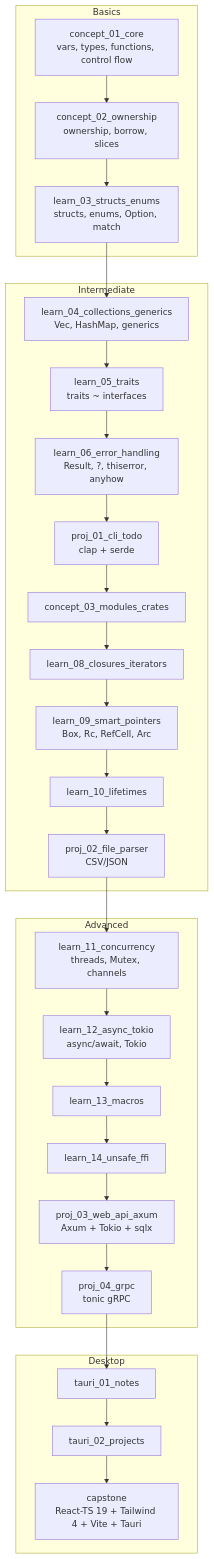
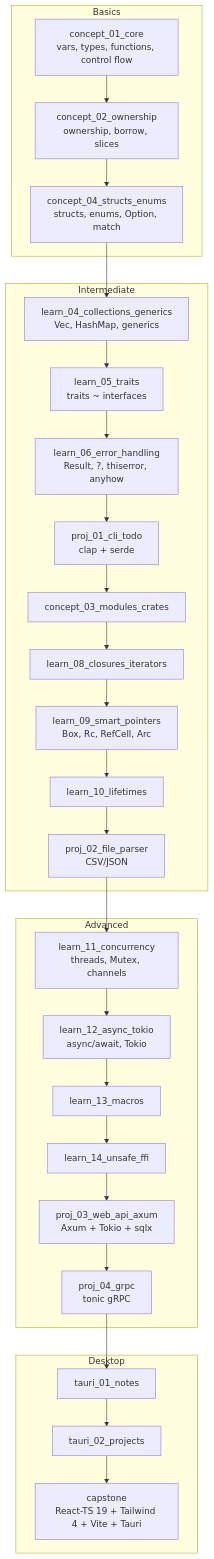
Before and after one commit to devravinder/learn-rust: the diagram in README.md, drawn with Mermaid. The commit also changed 10 other files, not shown here.

Commit message:
feat: structs & enums

````diff
--- a/README.md
+++ b/README.md
@@ -43,31 +43,31 @@
 ```mermaid
 graph TD
     subgraph Basics
         A[concept_01_core<br/>vars, types, functions, control flow] --> B[concept_02_ownership<br/>ownership, borrow, slices]
-        B --> C[learn_03_structs_enums<br/>structs, enums, Option, match]
+        B --> C[concept_04_structs_enums<br/>structs, enums, Option, match]
     end
     subgraph Intermediate
         C --> D[learn_04_collections_generics<br/>Vec, HashMap, generics]
         D --> E[learn_05_traits<br/>traits ~ interfaces]
         E --> F[learn_06_error_handling<br/>Result, ?, thiserror, anyhow]
         F --> P1[proj_01_cli_todo<br/>clap + serde]
         P1 --> G[concept_03_modules_crates]
         G --> H[learn_08_closures_iterators]
         H --> I[learn_09_smart_pointers<br/>Box, Rc, RefCell, Arc]
         I --> J[learn_10_lifetimes]
         J --> P2[proj_02_file_parser<br/>CSV/JSON]
     end
     subgraph Advanced
         P2 --> K[learn_11_concurrency<br/>threads, Mutex, channels]
         K --> L[learn_12_async_tokio<br/>async/await, Tokio]
         L --> M[learn_13_macros]
         M --> N[learn_14_unsafe_ffi]
         N --> P3[proj_03_web_api_axum<br/>Axum + Tokio + sqlx]
         P3 --> P4[proj_04_grpc<br/>tonic gRPC]
     end
     subgraph Desktop
         P4 --> T1[tauri_01_notes]
         T1 --> T2[tauri_02_projects]
         T2 --> CAP[capstone<br/>React-TS 19 + Tailwind 4 + Vite + Tauri]
     end
 ```
````
